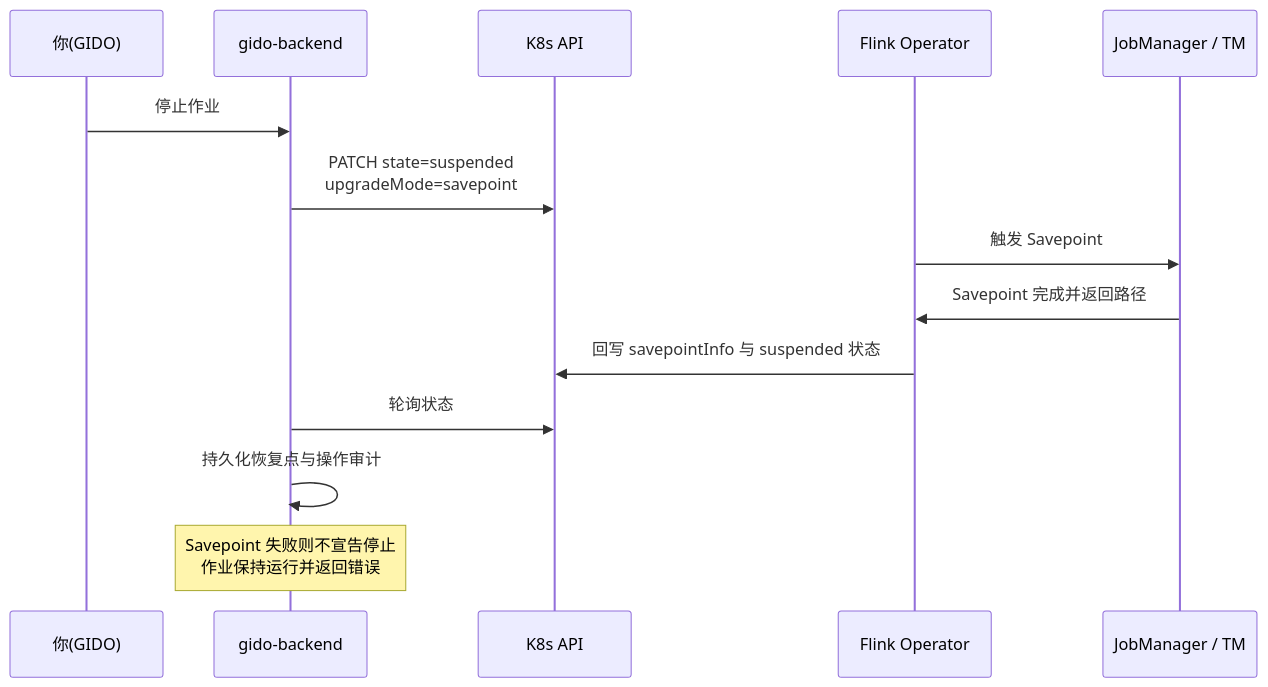
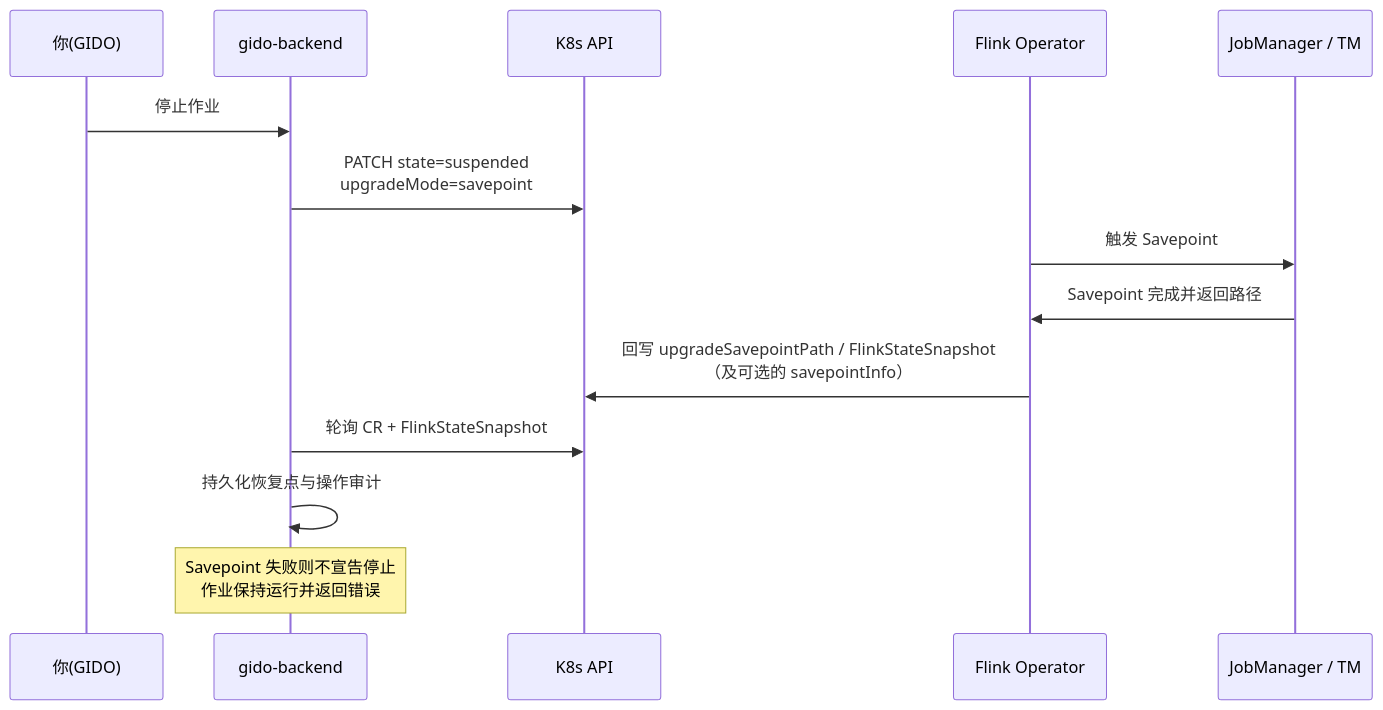
One commit to cloud-gido/gido changed the second of 2 diagrams in docs/FLINK_OPERATOR_FAQ.md. Above: the diagram before and after it, drawn with Mermaid. The commit also changed other lines of this file and 1 other file, not shown here.

First line of the commit message:
docs: record Savepoint stop timeout QA pitfalls and fixes

````diff
--- a/docs/FLINK_OPERATOR_FAQ.md
+++ b/docs/FLINK_OPERATOR_FAQ.md
@@ -57,17 +57,17 @@
 ```mermaid
 sequenceDiagram
   participant U as 你(GIDO)
   participant B as gido-backend
   participant API as K8s API
   participant OP as Flink Operator
   participant JM as JobManager / TM
 
   U->>B: 停止作业
   B->>API: PATCH state=suspended<br/>upgradeMode=savepoint
   OP->>JM: 触发 Savepoint
   JM->>OP: Savepoint 完成并返回路径
-  OP->>API: 回写 savepointInfo 与 suspended 状态
-  B->>API: 轮询状态
+  OP->>API: 回写 upgradeSavepointPath / FlinkStateSnapshot<br/>（及可选的 savepointInfo）
+  B->>API: 轮询 CR + FlinkStateSnapshot
   B->>B: 持久化恢复点与操作审计
   Note over B: Savepoint 失败则不宣告停止<br/>作业保持运行并返回错误
 ```
````
